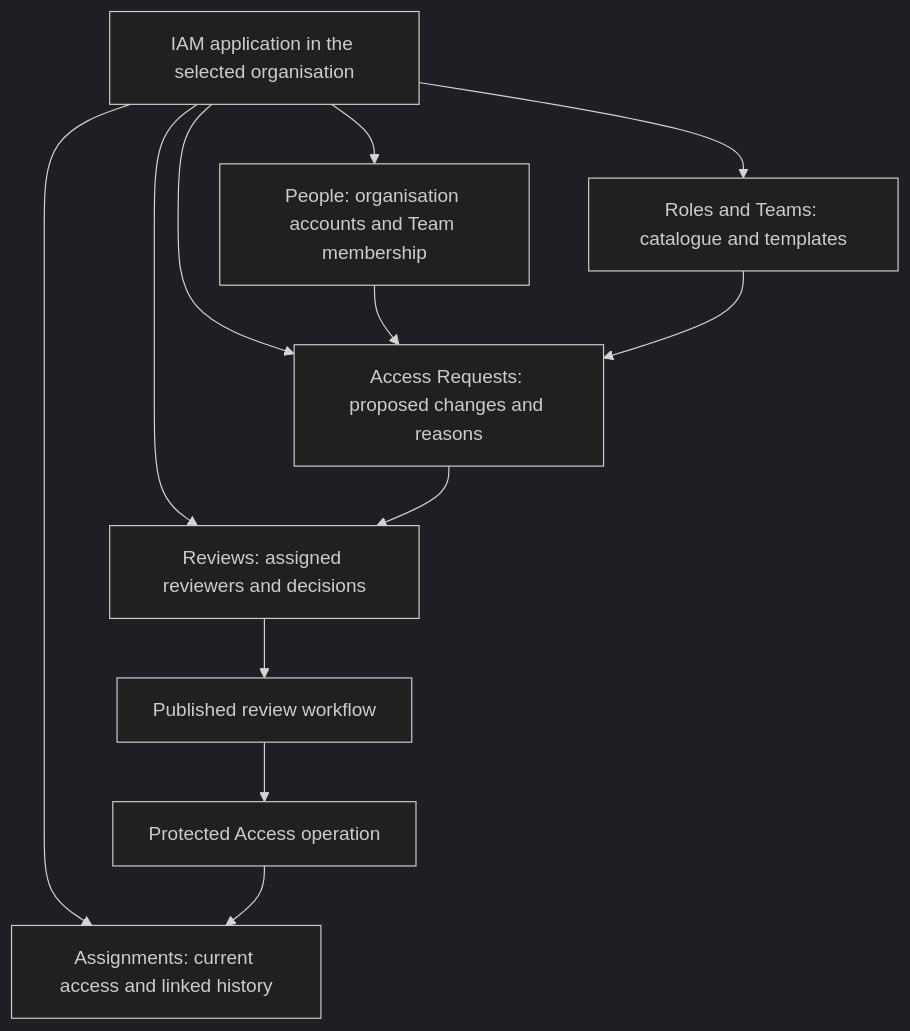
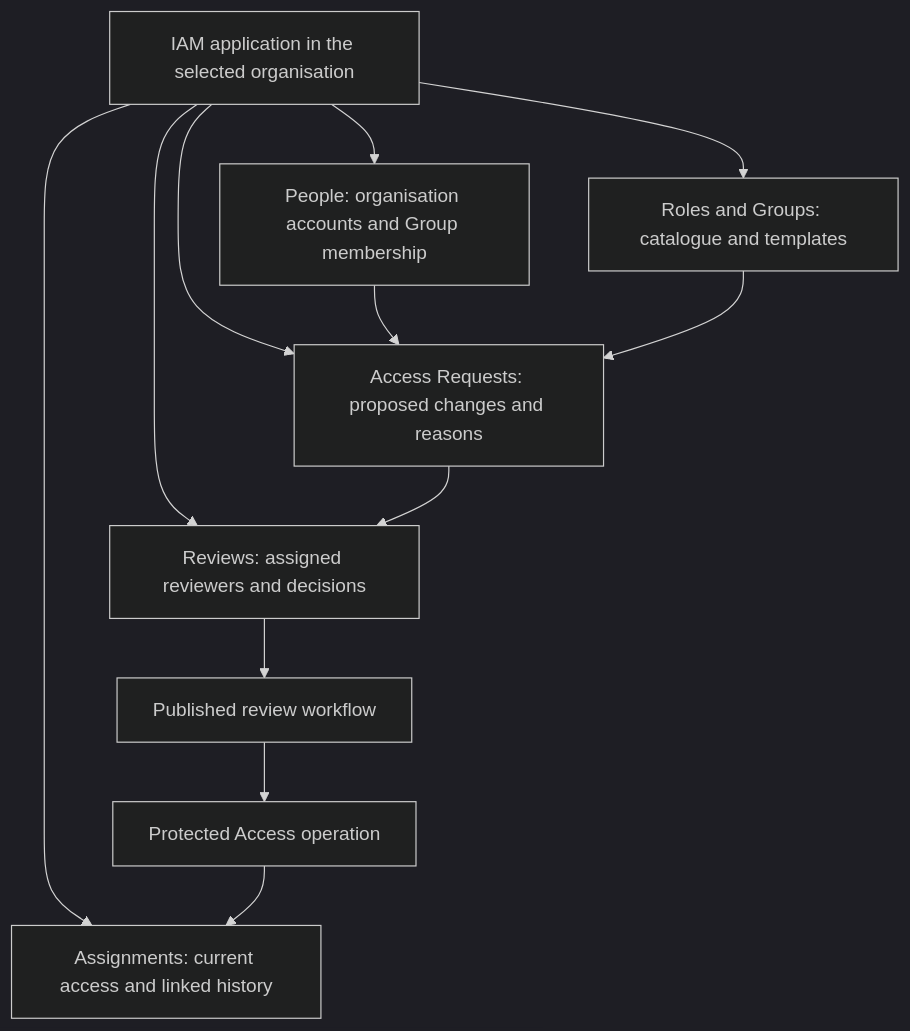
One commit to Abzum-NZ/Abzum-Vortex changed the first of 3 diagrams in docs/specification/appendices/iam-application.md. Above: the diagram before and after it, drawn with Mermaid (dark theme). The commit also changed other lines of this file and 14 other files, not shown here.

Commit message:
Define organisation Groups and governed privileged role activation

````diff
--- a/docs/specification/appendices/iam-application.md
+++ b/docs/specification/appendices/iam-application.md
@@ -13,15 +15,15 @@
 ```mermaid
 flowchart TB
     IAM[IAM application in the selected organisation]
-    IAM --> PEOPLE[People: organisation accounts and Team membership]
-    IAM --> ROLES[Roles and Teams: catalogue and templates]
+    IAM --> PEOPLE[People: organisation accounts and Group membership]
+    IAM --> ROLES[Roles and Groups: catalogue and templates]
     IAM --> REQUESTS[Access Requests: proposed changes and reasons]
     IAM --> REVIEWS[Reviews: assigned reviewers and decisions]
     IAM --> ASSIGN[Assignments: current access and linked history]
     REQUESTS --> REVIEWS
     REVIEWS --> WORK[Published review workflow]
     WORK --> OP[Protected Access operation]
     OP --> ASSIGN
     PEOPLE --> REQUESTS
     ROLES --> REQUESTS
 ```
````
